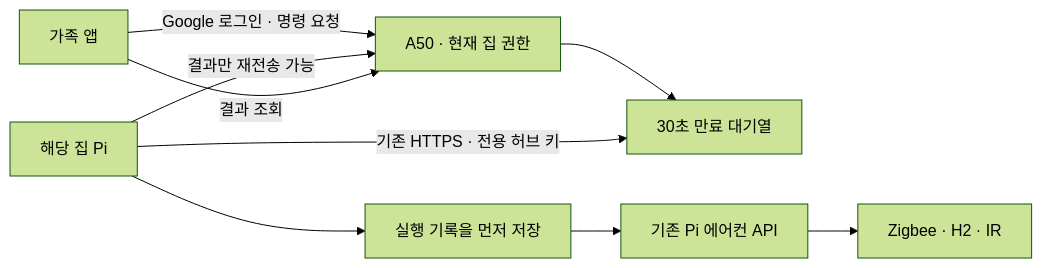
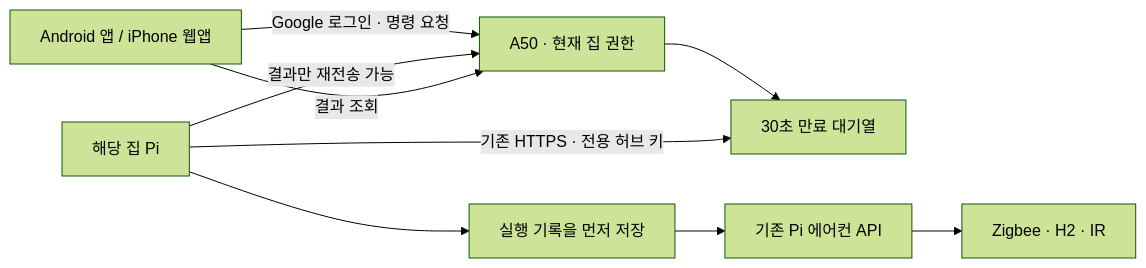
The diagram in server/docs/aircon-app-control.md (PCY00/aircon-remote-control), drawn with Mermaid (forest theme) before and after one commit. The commit also changed other lines of this file and 117 other files, not shown here.

````diff
--- a/server/docs/aircon-app-control.md
+++ b/server/docs/aircon-app-control.md
@@ -34,11 +34,11 @@
 ```mermaid
 flowchart LR
-    A[가족 앱] -->|Google 로그인 · 명령 요청| B[A50 · 현재 집 권한]
+    A[Android 앱 / iPhone 웹앱] -->|Google 로그인 · 명령 요청| B[A50 · 현재 집 권한]
     B --> C[30초 만료 대기열]
     D[해당 집 Pi] -->|기존 HTTPS · 전용 허브 키| C
     D --> E[실행 기록을 먼저 저장]
     E --> F[기존 Pi 에어컨 API]
     F --> G[Zigbee · H2 · IR]
     D -->|결과만 재전송 가능| B
     A -->|결과 조회| B
 ```
````
